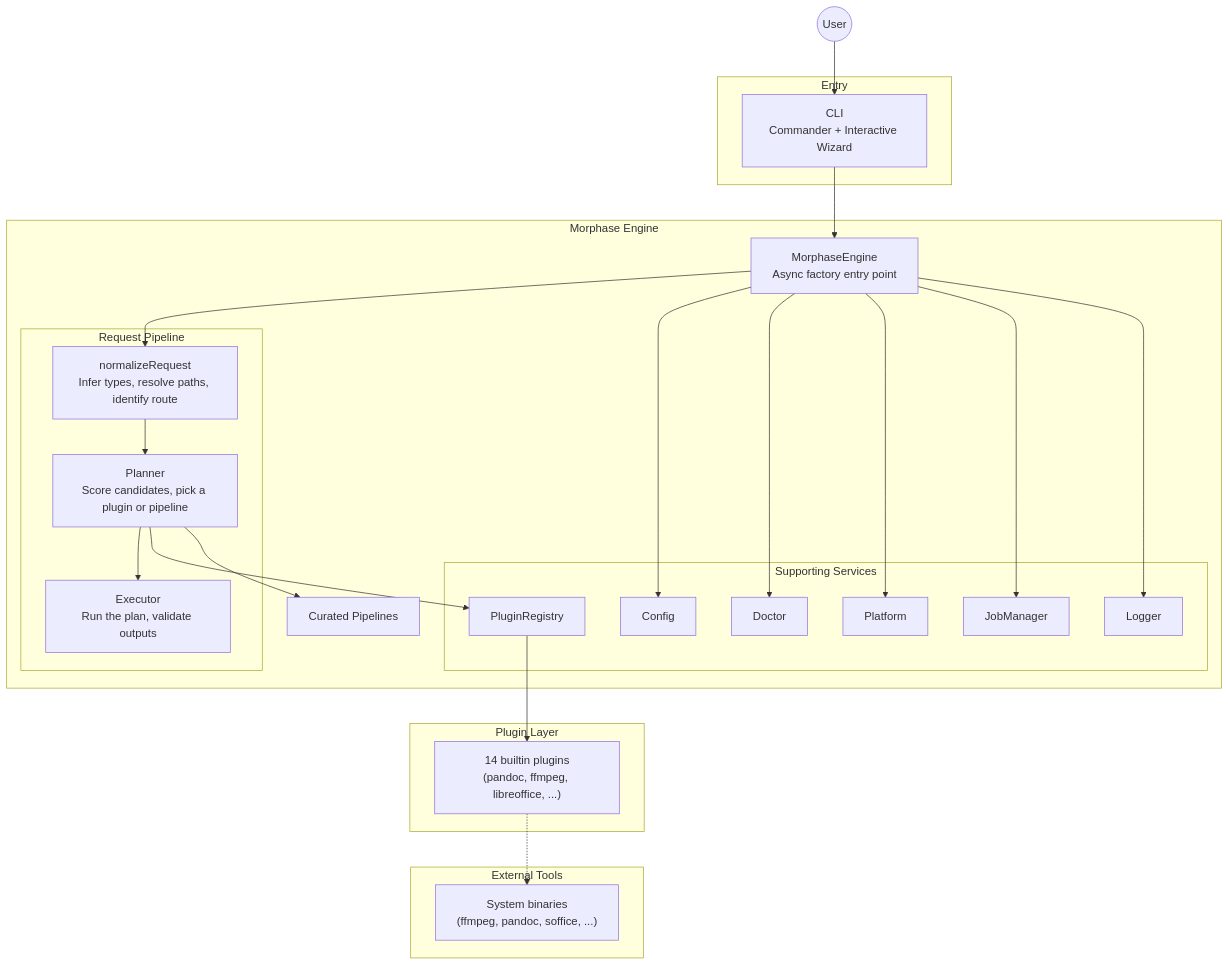
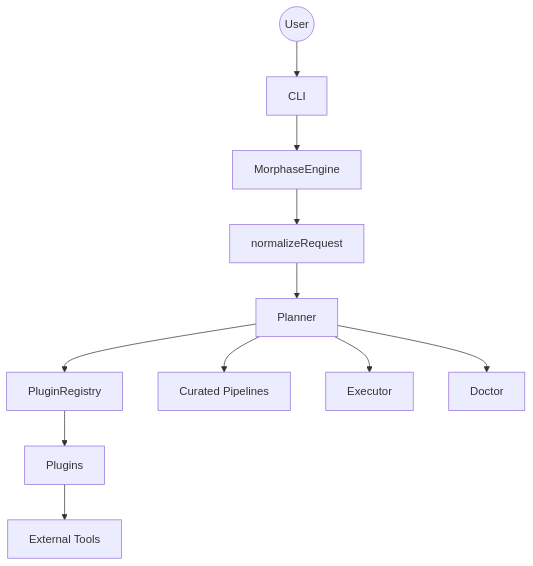
Before and after one commit to joeljstephen/morphase: the diagram in docs/architecture.md, drawn with Mermaid. The commit also changed other lines of this file and 24 other files, not shown here.

````diff
--- a/docs/architecture.md
+++ b/docs/architecture.md
@@ -26,48 +50,22 @@
 ```mermaid
 graph TB
     User((User))
-
-    subgraph Entry
-      CLI["CLI<br/>Commander + Interactive Wizard"]
-    end
-
-    subgraph "Morphase Engine"
-      Engine["MorphaseEngine<br/>Async factory entry point"]
-
-      subgraph "Request Pipeline"
-        Normalize["normalizeRequest<br/>Infer types, resolve paths, identify route"]
-        Plan["Planner<br/>Score candidates, pick a plugin or pipeline"]
-        Exec["Executor<br/>Run the plan, validate outputs"]
-      end
-
-      subgraph "Supporting Services"
-        Registry["PluginRegistry"]
-        JobMgr["JobManager"]
-        Doctor["Doctor"]
-        Platform["Platform"]
-        Config["Config"]
-        Logger["Logger"]
-      end
-
-      Pipelines["Curated Pipelines"]
-    end
-
-    subgraph "Plugin Layer"
-      Plugins["14 builtin plugins<br/>(pandoc, ffmpeg, libreoffice, ...)"]
-    end
-
-    subgraph "External Tools"
-      Tools["System binaries<br/>(ffmpeg, pandoc, soffice, ...)"]
-    end
+    CLI["CLI"]
+    Engine["MorphaseEngine"]
+    Normalize["normalizeRequest"]
+    Planner["Planner"]
+    Registry["PluginRegistry"]
+    Pipelines["Curated Pipelines"]
+    Executor["Executor"]
+    Doctor["Doctor"]
+    Plugins["Plugins"]
+    Tools["External Tools"]
 
     User --> CLI --> Engine
-    Engine --> Normalize --> Plan --> Exec
-    Plan --> Registry --> Plugins
-    Plan --> Pipelines
-    Plugins -.-> Tools
-    Engine --> Config
-    Engine --> Doctor
-    Engine --> Platform
-    Engine --> JobMgr
-    Engine --> Logger
+    Engine --> Normalize --> Planner
+    Planner --> Registry --> Plugins
+    Planner --> Pipelines
+    Planner --> Doctor
+    Planner --> Executor
+    Plugins --> Tools
 ```
````
